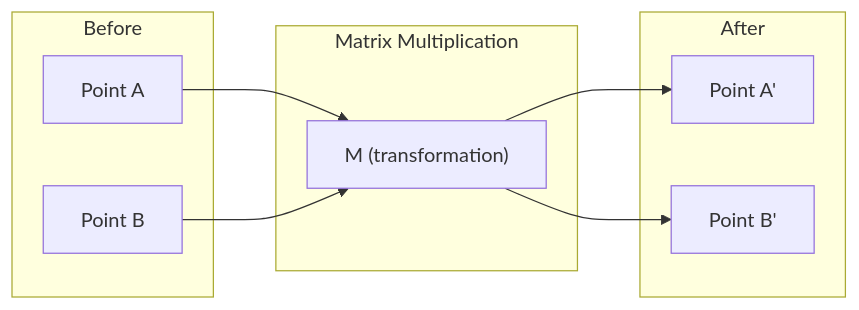
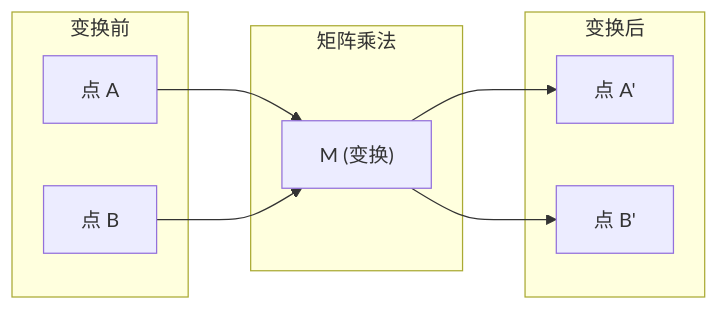
The first of 2 diagrams in phases/01-math-foundations/01-linear-algebra-intuition/docs/zh.md (alessandrodinisio-ai/ai-engineering-learning-framework), drawn with Mermaid before and after one commit. The commit also changed other lines of this file and 120 other files, not shown here.

First line of the commit message:
i18n(mermaid): 337 个 mermaid 图表标签中文化

````diff
--- a/phases/01-math-foundations/01-linear-algebra-intuition/docs/zh.md
+++ b/phases/01-math-foundations/01-linear-algebra-intuition/docs/zh.md
@@ -46,18 +46,18 @@
 ```mermaid
 graph LR
-    subgraph Before
-        A["Point A"]
-        B["Point B"]
+    subgraph Before["变换前"]
+        A["点 A"]
+        B["点 B"]
     end
-    subgraph Matrix["Matrix Multiplication"]
-        M["M (transformation)"]
+    subgraph Matrix["矩阵乘法"]
+        M["M (变换)"]
     end
-    subgraph After
-        A2["Point A'"]
-        B2["Point B'"]
+    subgraph After["变换后"]
+        A2["点 A'"]
+        B2["点 B'"]
     end
     A --> M
     B --> M
     M --> A2
     M --> B2
 ```
````
